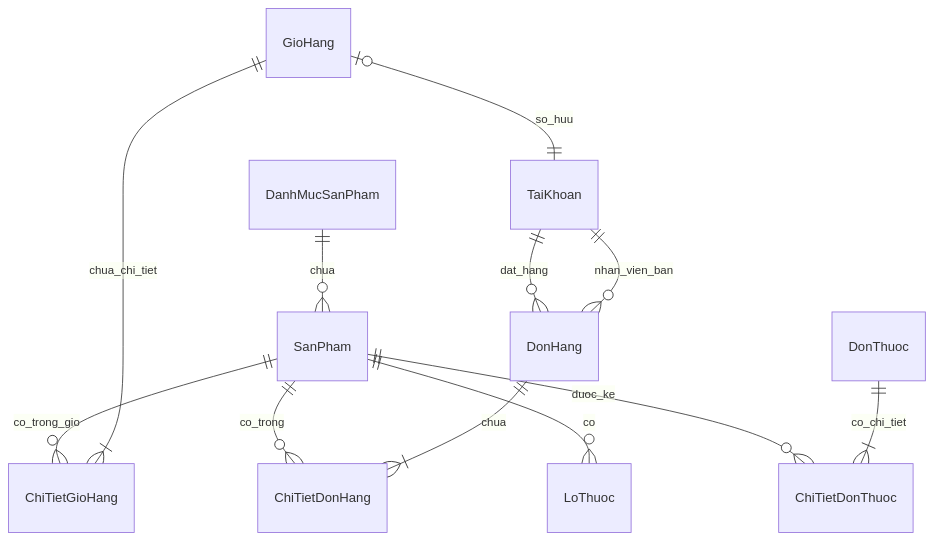
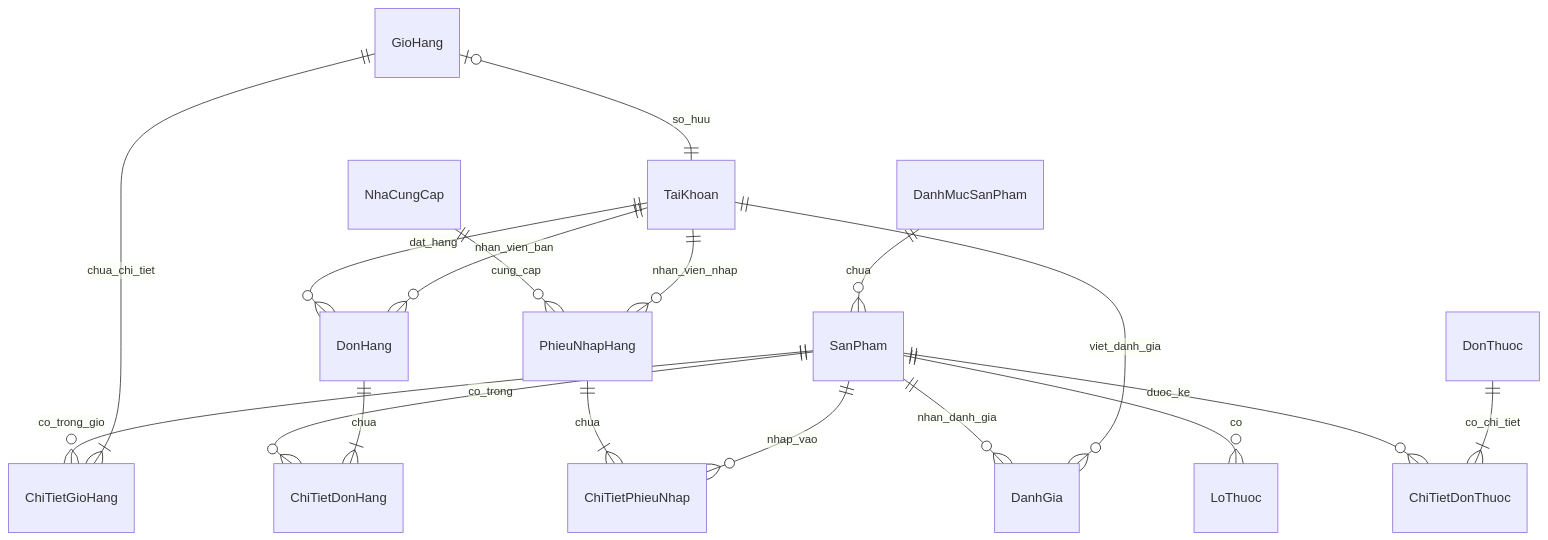
Before and after one commit to 507vlvn/do_an_web-co_so: the second of 3 diagrams in BaoCaoDoAn_TotNghiep.md, drawn with Mermaid. The commit also changed other lines of this file and 674 other files, not shown here.

````diff
--- a/BaoCaoDoAn_TotNghiep.md
+++ b/BaoCaoDoAn_TotNghiep.md
@@ -363,14 +440,20 @@
 ```mermaid
 erDiagram
     TaiKhoan ||--o{ DonHang : "dat_hang"
     TaiKhoan ||--o{ DonHang : "nhan_vien_ban"
     DanhMucSanPham ||--o{ SanPham : "chua"
     SanPham ||--o{ LoThuoc : "co"
     SanPham ||--o{ ChiTietDonHang : "co_trong"
     SanPham ||--o{ ChiTietDonThuoc : "duoc_ke"
     SanPham ||--o{ ChiTietGioHang : "co_trong_gio"
     DonHang ||--|{ ChiTietDonHang : "chua"
     GioHang ||--|{ ChiTietGioHang : "chua_chi_tiet"
     GioHang |o--|| TaiKhoan : "so_huu"
     DonThuoc ||--|{ ChiTietDonThuoc : "co_chi_tiet"
+    NhaCungCap ||--o{ PhieuNhapHang : "cung_cap"
+    TaiKhoan ||--o{ PhieuNhapHang : "nhan_vien_nhap"
+    PhieuNhapHang ||--|{ ChiTietPhieuNhap : "chua"
+    SanPham ||--o{ ChiTietPhieuNhap : "nhap_vao"
+    SanPham ||--o{ DanhGia : "nhan_danh_gia"
+    TaiKhoan ||--o{ DanhGia : "viet_danh_gia"
 ```
````
